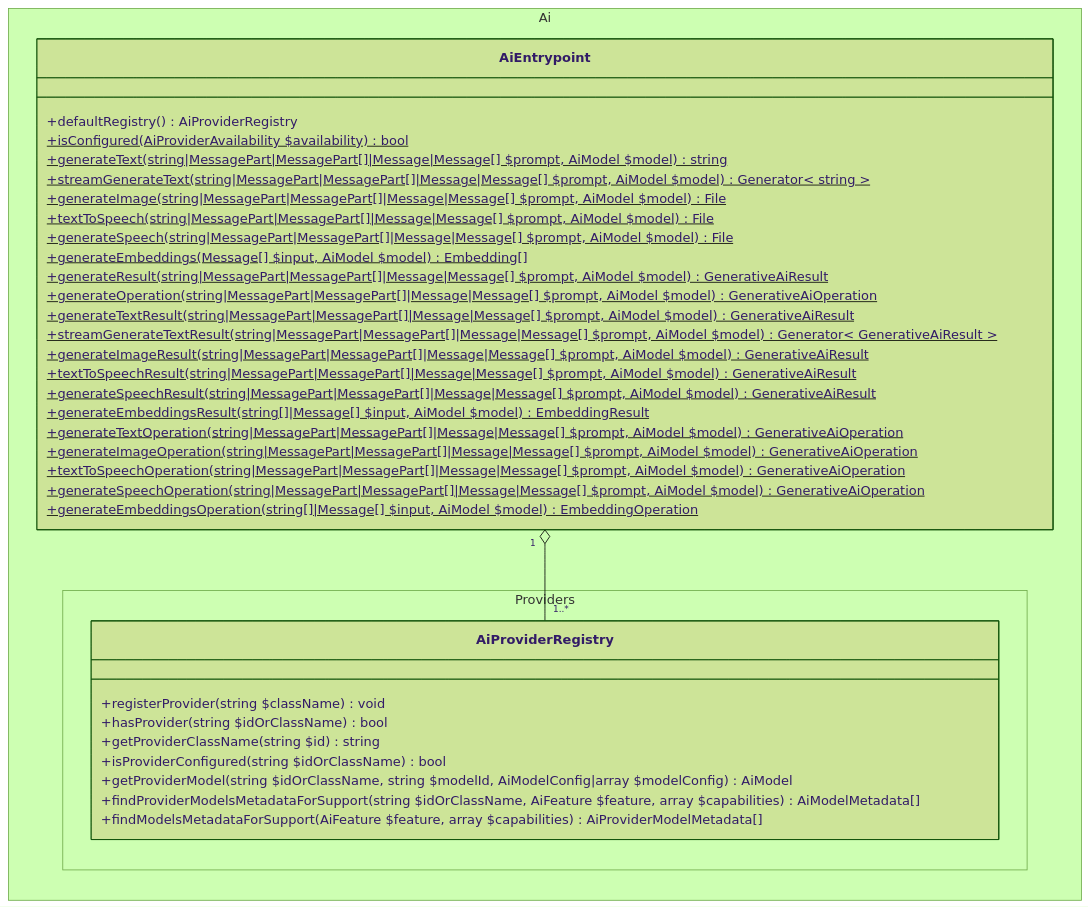
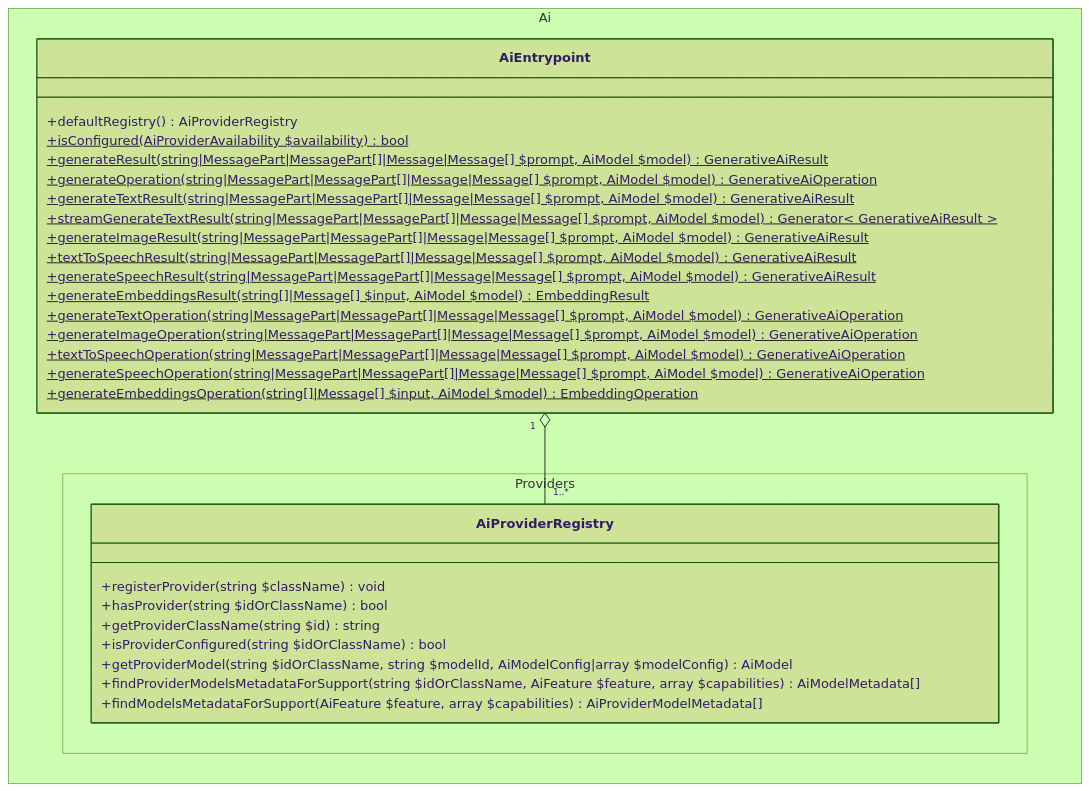
One commit to WordPress/php-ai-client changed the first of 3 diagrams in docs/ARCHITECTURE.md. Above: the diagram before and after it, drawn with Mermaid (forest theme). The commit also changed other lines of this file, not shown here.

````diff
--- a/docs/ARCHITECTURE.md
+++ b/docs/ARCHITECTURE.md
@@ -147,47 +144,41 @@
 ```mermaid
 ---
 config:
   class:
     hideEmptyMembersBox: true
 ---
 classDiagram
 direction LR
     namespace Ai {
         class AiEntrypoint {
             +defaultRegistry() AiProviderRegistry
             +isConfigured(AiProviderAvailability $availability) bool$
-            +generateText(string|MessagePart|MessagePart[]|Message|Message[] $prompt, AiModel $model) string$
-            +streamGenerateText(string|MessagePart|MessagePart[]|Message|Message[] $prompt, AiModel $model) Generator< string >$
-            +generateImage(string|MessagePart|MessagePart[]|Message|Message[] $prompt, AiModel $model) File$
-            +textToSpeech(string|MessagePart|MessagePart[]|Message|Message[] $prompt, AiModel $model) File$
-            +generateSpeech(string|MessagePart|MessagePart[]|Message|Message[] $prompt, AiModel $model) File$
-            +generateEmbeddings(Message[] $input, AiModel $model) Embedding[]$
             +generateResult(string|MessagePart|MessagePart[]|Message|Message[] $prompt, AiModel $model) GenerativeAiResult$
             +generateOperation(string|MessagePart|MessagePart[]|Message|Message[] $prompt, AiModel $model) GenerativeAiOperation$
             +generateTextResult(string|MessagePart|MessagePart[]|Message|Message[] $prompt, AiModel $model) GenerativeAiResult$
             +streamGenerateTextResult(string|MessagePart|MessagePart[]|Message|Message[] $prompt, AiModel $model) Generator< GenerativeAiResult >$
             +generateImageResult(string|MessagePart|MessagePart[]|Message|Message[] $prompt, AiModel $model) GenerativeAiResult$
             +textToSpeechResult(string|MessagePart|MessagePart[]|Message|Message[] $prompt, AiModel $model) GenerativeAiResult$
             +generateSpeechResult(string|MessagePart|MessagePart[]|Message|Message[] $prompt, AiModel $model) GenerativeAiResult$
             +generateEmbeddingsResult(string[]|Message[] $input, AiModel $model) EmbeddingResult$
             +generateTextOperation(string|MessagePart|MessagePart[]|Message|Message[] $prompt, AiModel $model) GenerativeAiOperation$
             +generateImageOperation(string|MessagePart|MessagePart[]|Message|Message[] $prompt, AiModel $model) GenerativeAiOperation$
             +textToSpeechOperation(string|MessagePart|MessagePart[]|Message|Message[] $prompt, AiModel $model) GenerativeAiOperation$
             +generateSpeechOperation(string|MessagePart|MessagePart[]|Message|Message[] $prompt, AiModel $model) GenerativeAiOperation$
             +generateEmbeddingsOperation(string[]|Message[] $input, AiModel $model) EmbeddingOperation$
         }
     }
     namespace Ai.Providers {
         class AiProviderRegistry {
             +registerProvider(string $className) void
             +hasProvider(string $idOrClassName) bool
             +getProviderClassName(string $id) string
             +isProviderConfigured(string $idOrClassName) bool
             +getProviderModel(string $idOrClassName, string $modelId, AiModelConfig|array $modelConfig) AiModel
             +findProviderModelsMetadataForSupport(string $idOrClassName, AiFeature $feature, array<string, mixed > $capabilities) AiModelMetadata[]
             +findModelsMetadataForSupport(AiFeature $feature, array<string, mixed > $capabilities) AiProviderModelMetadata[]
         }
     }
 
     AiEntrypoint "1" o-- "1..*" AiProviderRegistry
 ```
````
